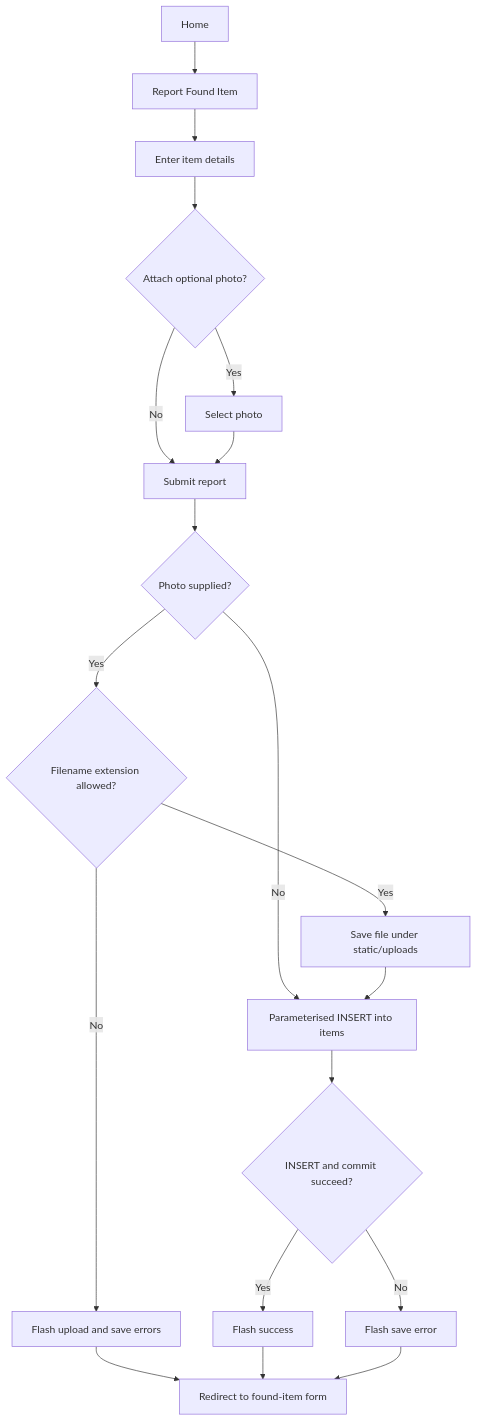
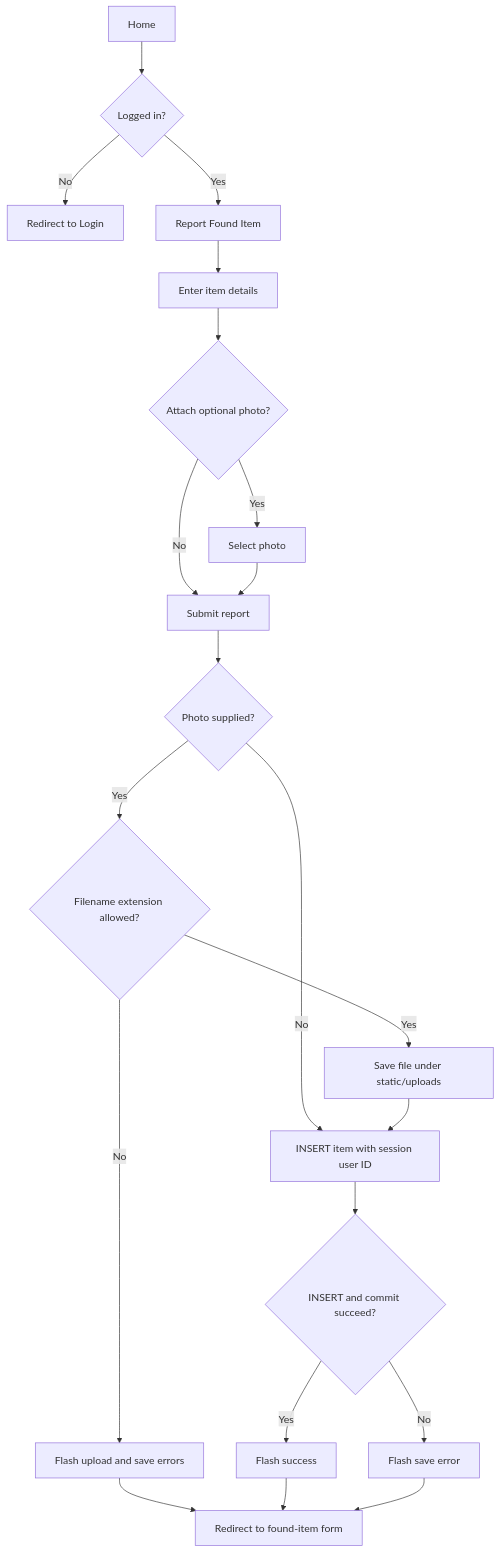
Before and after one commit to ZhihaoTang615/campus-lost-and-found-platform: the second of 7 diagrams in docs/design/user-flow.md, drawn with Mermaid. The commit also changed other lines of this file and 40 other files, not shown here.

````diff
--- a/docs/design/user-flow.md
+++ b/docs/design/user-flow.md
@@ -33,21 +42,23 @@
 ```mermaid
 flowchart TD
-    H[Home] --> F[Report Found Item]
+    H[Home] --> Auth{Logged in?}
+    Auth -->|No| Login[Redirect to Login]
+    Auth -->|Yes| F[Report Found Item]
     F --> FF[Enter item details]
     FF --> FP{Attach optional photo?}
     FP -->|No| FS[Submit report]
     FP -->|Yes| FChoose[Select photo]
     FChoose --> FS
     FS --> FPhoto{Photo supplied?}
-    FPhoto -->|No| FInsert[Parameterised INSERT into items]
+    FPhoto -->|No| FInsert[INSERT item with session user ID]
     FPhoto -->|Yes| FE{Filename extension allowed?}
     FE -->|No| FErr[Flash upload and save errors]
     FErr --> FR[Redirect to found-item form]
     FE -->|Yes| FSave[Save file under static/uploads]
     FSave --> FInsert
     FInsert --> FI{INSERT and commit succeed?}
     FI -->|Yes| FOk[Flash success]
     FI -->|No| FFail[Flash save error]
     FOk --> FR
     FFail --> FR
 ```
````
